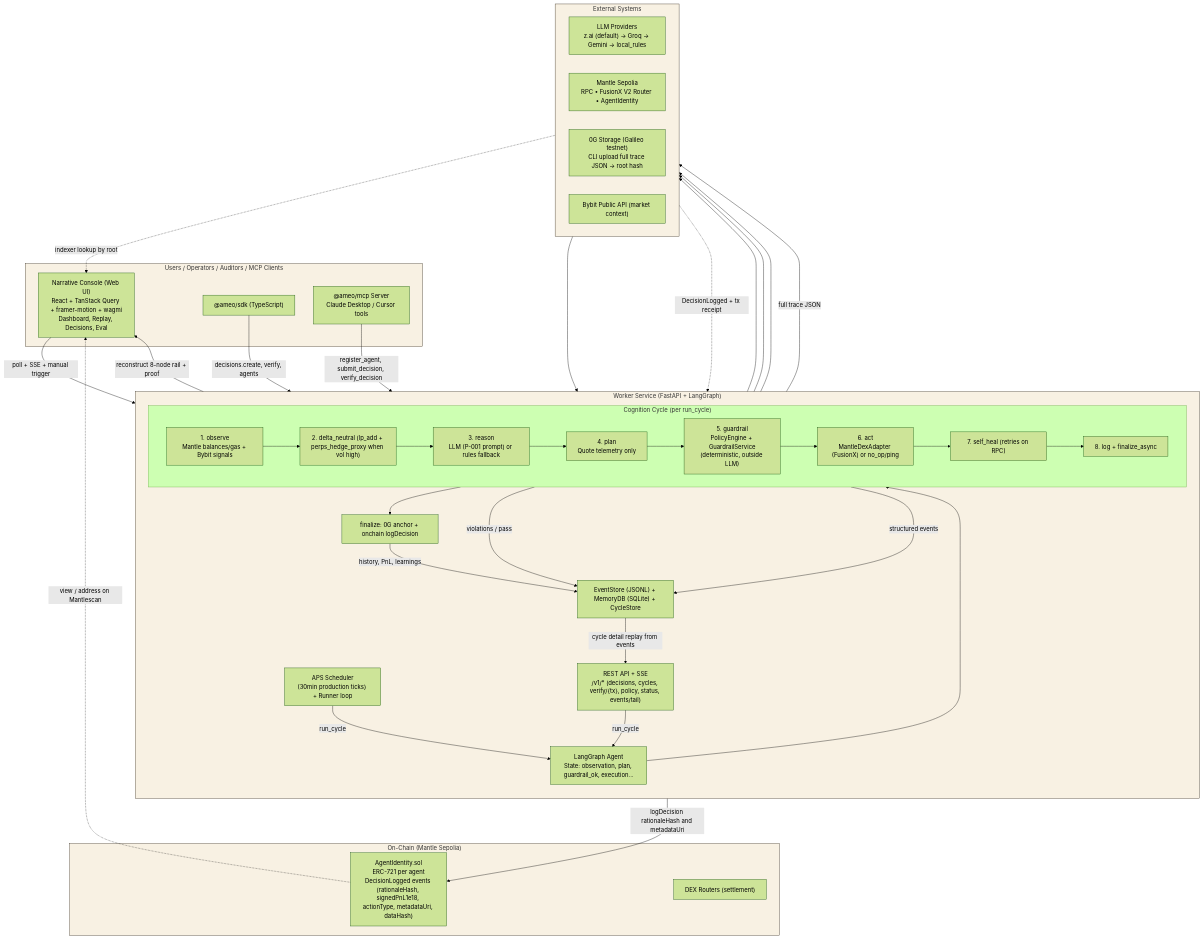
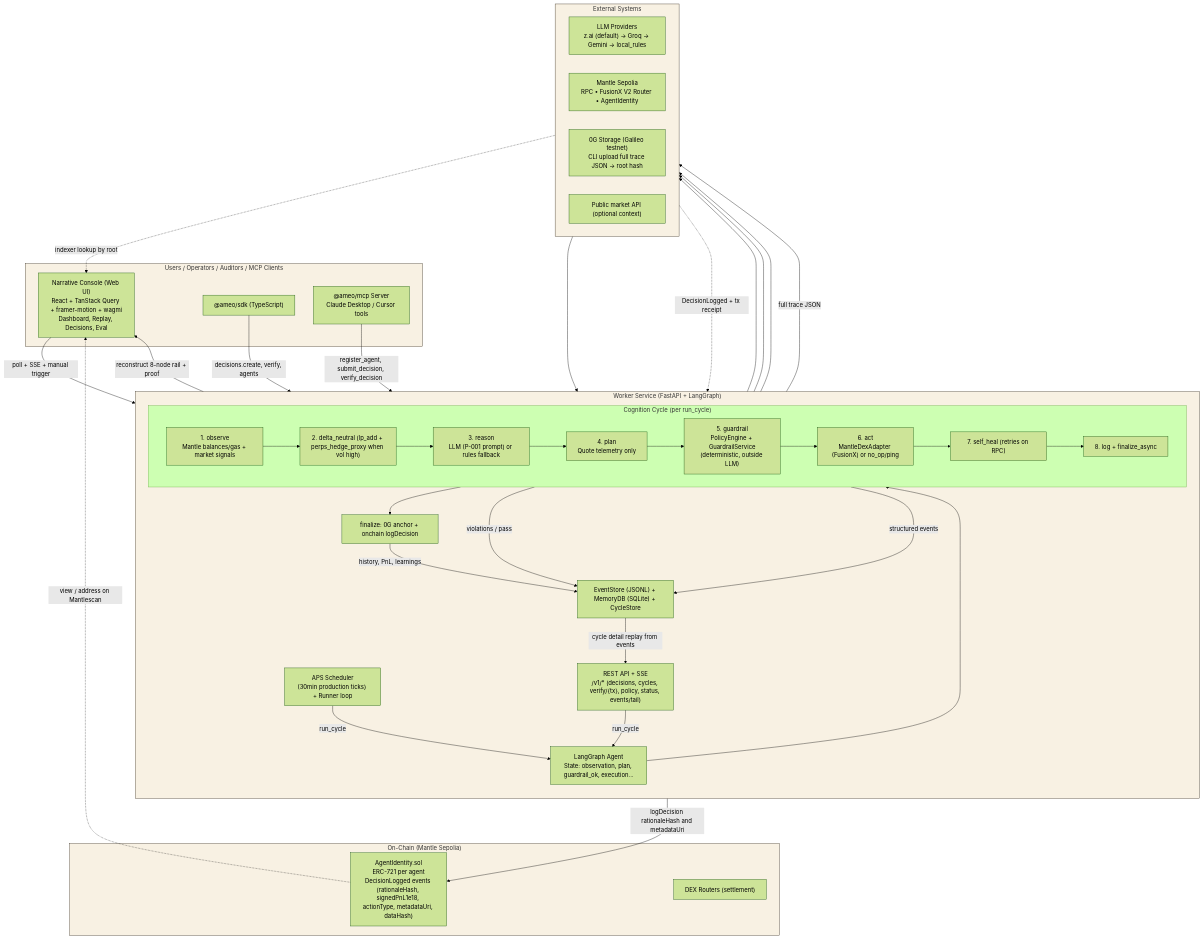
Before and after one commit to Anand-0037/agentic-micro-economy-os: the diagram in README.md, drawn with Mermaid (forest theme). The commit also changed other lines of this file and 52 other files, not shown here.

````diff
--- a/README.md
+++ b/README.md
@@ -86,71 +93,71 @@
 ```mermaid
 flowchart TB
     subgraph Users["Users / Operators / Auditors / MCP Clients"]
         UI["Narrative Console (Web UI)<br/>React + TanStack Query + framer-motion + wagmi<br/>Dashboard, Replay, Decisions, Eval"]
         SDK["@ameo/sdk (TypeScript)"]
         MCP["@ameo/mcp Server<br/>Claude Desktop / Cursor tools"]
     end
 
     subgraph Worker["Worker Service (FastAPI + LangGraph)"]
         direction TB
         HTTP["REST API + SSE<br/>/v1/* (decisions, cycles, verify/{tx}, policy, status, events/tail)"]
         Sched["APS Scheduler<br/>(30min production ticks) + Runner loop"]
         Graph["LangGraph Agent<br/>State: observation, plan, guardrail_ok, execution..."]
         subgraph Cycle["Cognition Cycle (per run_cycle)"]
             direction LR
-            N1["1. observe<br/>Mantle balances/gas + Bybit signals"]
+            N1["1. observe<br/>Mantle balances/gas + market signals"]
             N2["2. delta_neutral (lp_add + perps_hedge_proxy when vol high)"]
             N3["3. reason<br/>LLM (P-001 prompt) or rules fallback"]
             N4["4. plan<br/>Quote telemetry only"]
             N5["5. guardrail<br/>PolicyEngine + GuardrailService<br/>(deterministic, outside LLM)"]
             N6["6. act<br/>MantleDexAdapter (FusionX) or no_op/ping"]
             N7["7. self_heal (retries on RPC)"]
             N8["8. log + finalize_async"]
         end
         Final["finalize: 0G anchor + onchain logDecision"]
         PersistW["EventStore (JSONL) + MemoryDB (SQLite) + CycleStore"]
     end
 
     subgraph External["External Systems"]
         direction LR
         LLMs["LLM Providers<br/>z.ai (default) → Groq → Gemini → local_rules"]
         MNT["Mantle Sepolia<br/>RPC • FusionX V2 Router • AgentIdentity"]
         ZG["0G Storage (Galileo testnet)<br/>CLI upload full trace JSON → root hash"]
-        Signals["Bybit Public API (market context)"]
+        Signals["Public market API (optional context)"]
     end
 
     subgraph OnChain["On-Chain (Mantle Sepolia)"]
         ID["AgentIdentity.sol<br/>ERC-721 per agent<br/>DecisionLogged events (rationaleHash, signedPnL1e18, actionType, metadataUri, dataHash)"]
         DEX["DEX Routers (settlement)"]
     end
 
     %% Flows
     UI -->|poll + SSE + manual trigger| HTTP
     SDK -->|decisions.create, verify, agents| HTTP
     MCP -->|register_agent, submit_decision, verify_decision| HTTP
 
     Sched -->|run_cycle| Graph
     HTTP -->|run_cycle| Graph
     Graph --> N1 --> N2 --> N3 --> N4 --> N5 --> N6 --> N7 --> N8 --> Final
     N3 --> LLMs
     LLMs --> N3
     N1 --> MNT
     N6 --> MNT
     Final -->|full trace JSON| ZG
     Final -->|logDecision rationaleHash and metadataUri| ID
     N5 -->|violations / pass| PersistW
     N8 -->|structured events| PersistW
     Final -->|history, PnL, learnings| PersistW
 
     MNT -.->|DecisionLogged + tx receipt| HTTP
     ID -.->|view / address on Mantlescan| UI
     ZG -.->|indexer lookup by root| UI
 
     PersistW -->|cycle detail replay from events| HTTP
     HTTP -->|reconstruct 8-node rail + proof| UI
 
     style Users fill:#f8f1e3,stroke:#3a2f1f
     style Worker fill:#f8f1e3,stroke:#3a2f1f
     style External fill:#f8f1e3,stroke:#3a2f1f
     style OnChain fill:#f8f1e3,stroke:#3a2f1f
 ```
````
